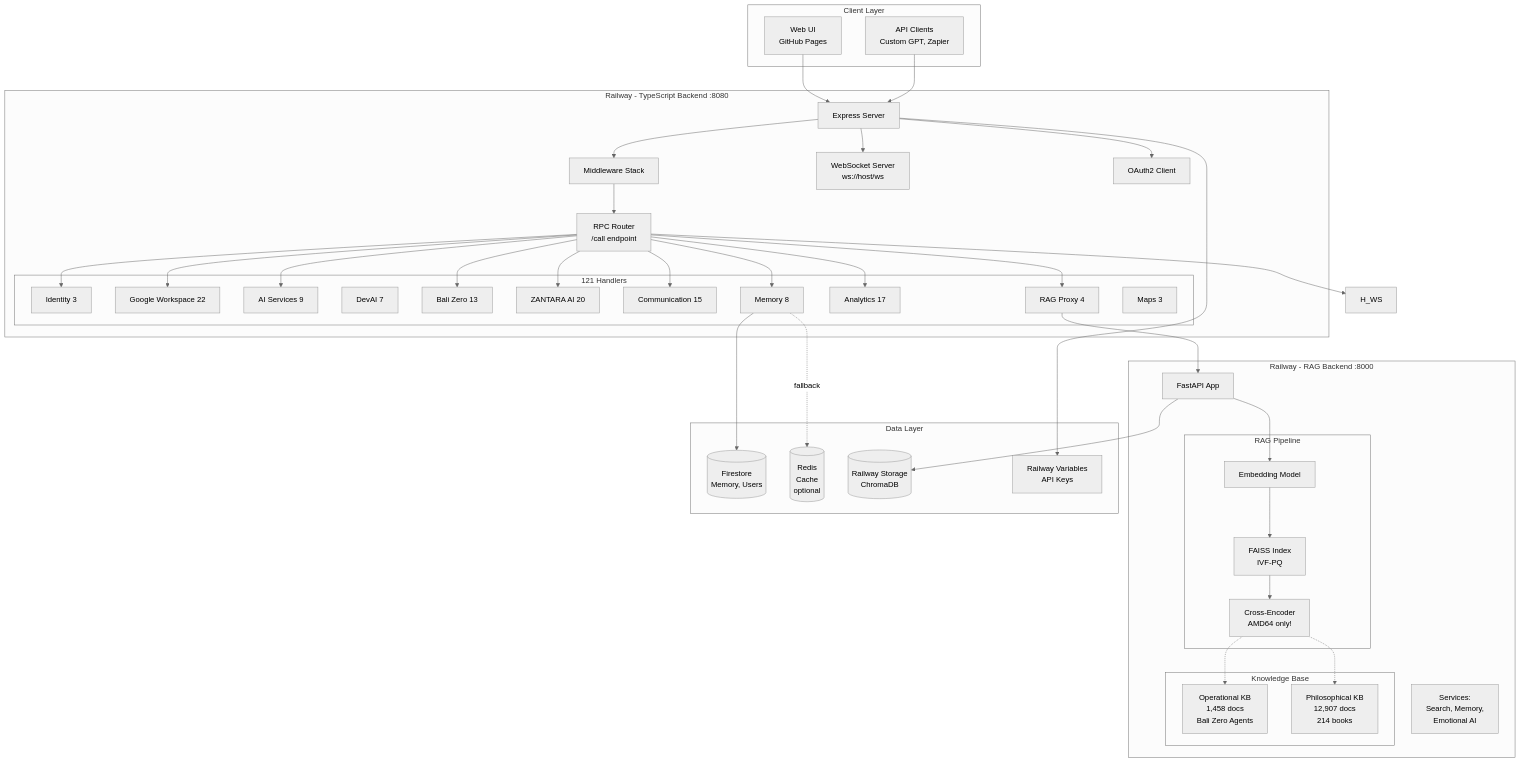
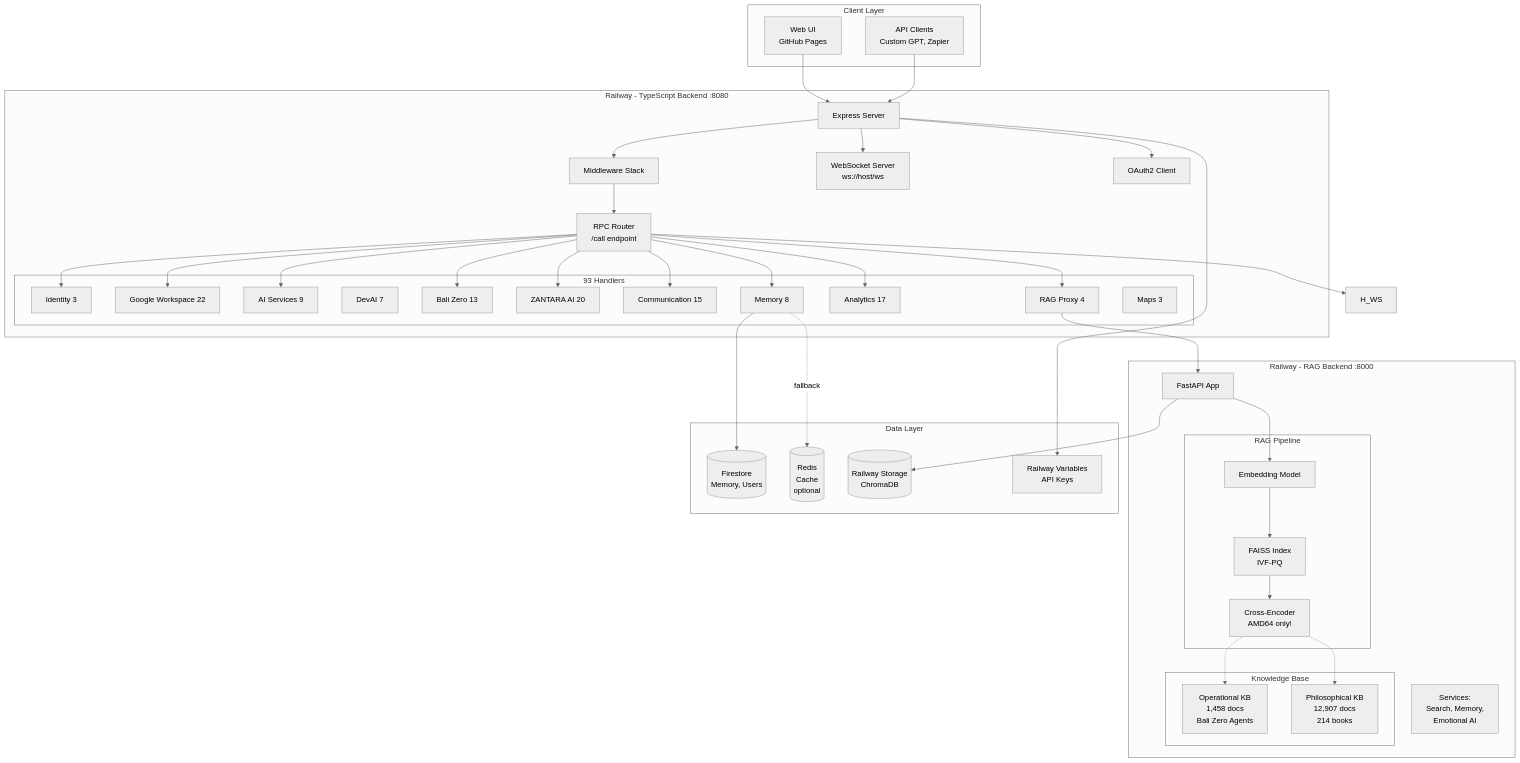
One commit to Balizero1987/nuzantara changed the first of 4 diagrams in docs/architecture/ARCHITECTURE.md. Above: the diagram before and after it, drawn with Mermaid (neutral theme). The commit also changed other lines of this file and 2 other files, not shown here.

Commit message:
docs: update architecture documentation with verified component counts
Automated update via architecture-mapper skill:

Changes:
- Handlers: 122 → 93 (active modules)
- Services: 48 → 24 (consolidated)
- Total functions: 137 → 108 (93+10+5)
- Added verification timestamp (2025-10-25)

Updated documents:
- docs/architecture/PERFECT_SYSTEM_ARCHITECTURE_MAP.md
- docs/architecture/ARCHITECTURE.md
- docs/architecture/SYSTEM_COMPLETE_VISION.md

Generated from: Real codebase file count via `find` commands
Validated: All counts match actual files in apps/backend-ts/src/

🤖 Generated with [Claude Code](https://claude.com/claude-code)

````diff
--- a/docs/architecture/ARCHITECTURE.md
+++ b/docs/architecture/ARCHITECTURE.md
@@ -19,76 +19,76 @@
 ```mermaid
 graph TB
     subgraph "Client Layer"
         WebUI[Web UI<br/>GitHub Pages]
         API_Clients[API Clients<br/>Custom GPT, Zapier]
     end
 
     subgraph "Railway - TypeScript Backend :8080"
         Express[Express Server]
         Router[RPC Router<br/>/call endpoint]
         MW[Middleware Stack]
 
-        subgraph "121 Handlers"
+        subgraph "93 Handlers"
             H_Identity[Identity 3]
             H_GWS[Google Workspace 22]
             H_AI[AI Services 9]
             H_DevAI[DevAI 7]
             H_BZ[Bali Zero 13]
             H_Zantara[ZANTARA AI 20]
             H_Comm[Communication 15]
             H_Memory[Memory 8]
             H_Analytics[Analytics 17]
             H_RAG[RAG Proxy 4]
             H_Maps[Maps 3]
         end
 
         WS[WebSocket Server<br/>ws://host/ws]
         OAuth[OAuth2 Client]
     end
 
     subgraph "Railway - RAG Backend :8000"
         FastAPI[FastAPI App]
 
         subgraph "RAG Pipeline"
             Embed[Embedding Model]
             FAISS[FAISS Index<br/>IVF-PQ]
             Rerank[Cross-Encoder<br/>AMD64 only!]
         end
 
         subgraph "Knowledge Base"
             KB_Ops[Operational KB<br/>1,458 docs<br/>Bali Zero Agents]
             KB_Phil[Philosophical KB<br/>12,907 docs<br/>214 books]
         end
 
         Services[Services:<br/>Search, Memory,<br/>Emotional AI]
     end
 
     subgraph "Data Layer"
         Firestore[(Firestore<br/>Memory, Users)]
         Redis[(Redis<br/>Cache<br/>optional)]
         Storage[(Railway Storage<br/>ChromaDB)]
         EnvVars[Railway Variables<br/>API Keys]
     end
 
     WebUI --> Express
     API_Clients --> Express
     Express --> MW
     MW --> Router
     Router --> H_Identity & H_GWS & H_AI & H_BZ & H_Zantara
     Router --> H_Comm & H_Memory & H_Analytics & H_RAG & H_WS
 
     H_RAG --> FastAPI
     FastAPI --> Embed
     Embed --> FAISS
     FAISS --> Rerank
     Rerank -.-> KB_Ops
     Rerank -.-> KB_Phil
 
     Express --> WS
     Express --> OAuth
 
     H_Memory --> Firestore
     H_Memory -.fallback.-> Redis
     FastAPI --> Storage
     Express --> EnvVars
 ```
````
